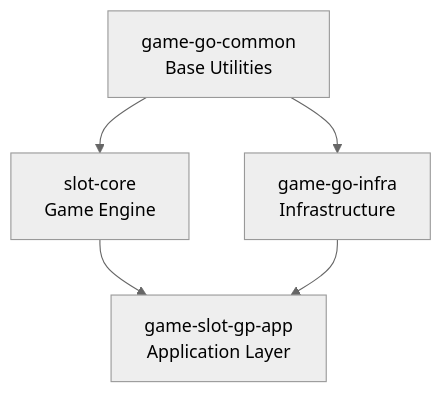
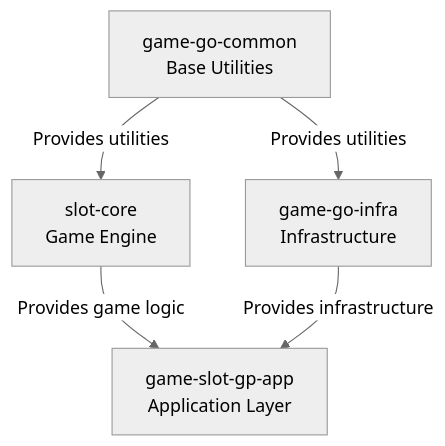
One commit to Aery9527/misty-marketplace changed the second of 8 diagrams in skills/write-md/references/mermaid-guide.md. Above: the diagram before and after it, drawn with Mermaid (neutral theme). The commit also changed other lines of this file and 11 other files, not shown here.

First line of the commit message:
docs(write-md): 精簡共通規則並修正 Mermaid 範例一致性

````diff
--- a/skills/write-md/references/mermaid-guide.md
+++ b/skills/write-md/references/mermaid-guide.md
@@ -79,10 +76,10 @@
 ```mermaid
 flowchart TD
     Common["game-go-common<br/>Base Utilities"]
     Core["slot-core<br/>Game Engine"]
     Infra["game-go-infra<br/>Infrastructure"]
-    Common --> Core
-    Common --> Infra
-    Core --> App["game-slot-gp-app<br/>Application Layer"]
-    Infra --> App
+    Common -->|Provides utilities| Core
+    Common -->|Provides utilities| Infra
+    Core -->|Provides game logic| App["game-slot-gp-app<br/>Application Layer"]
+    Infra -->|Provides infrastructure| App
 ```
````
